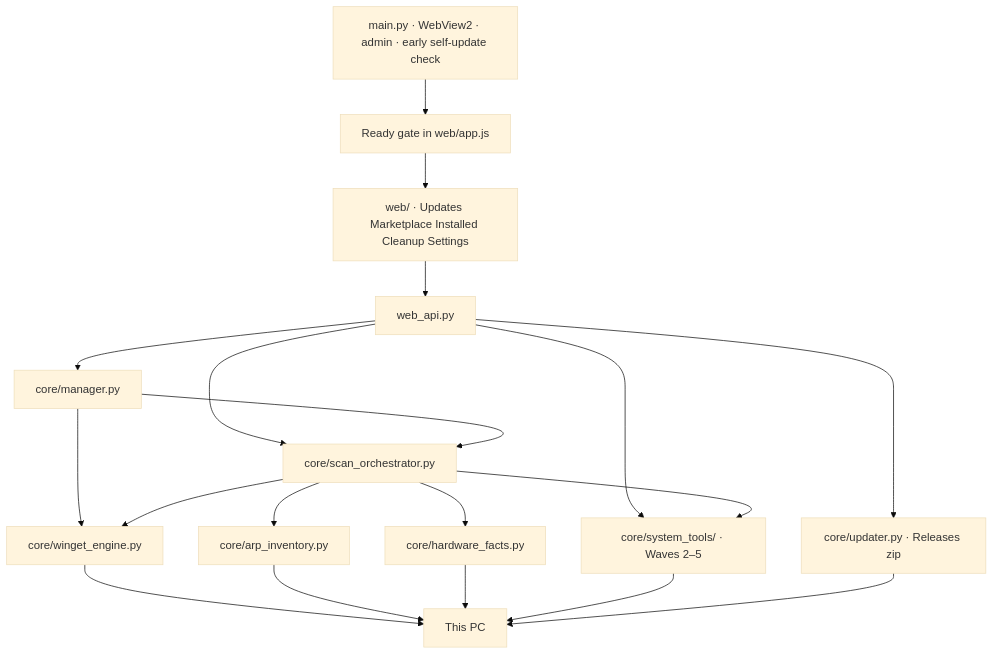
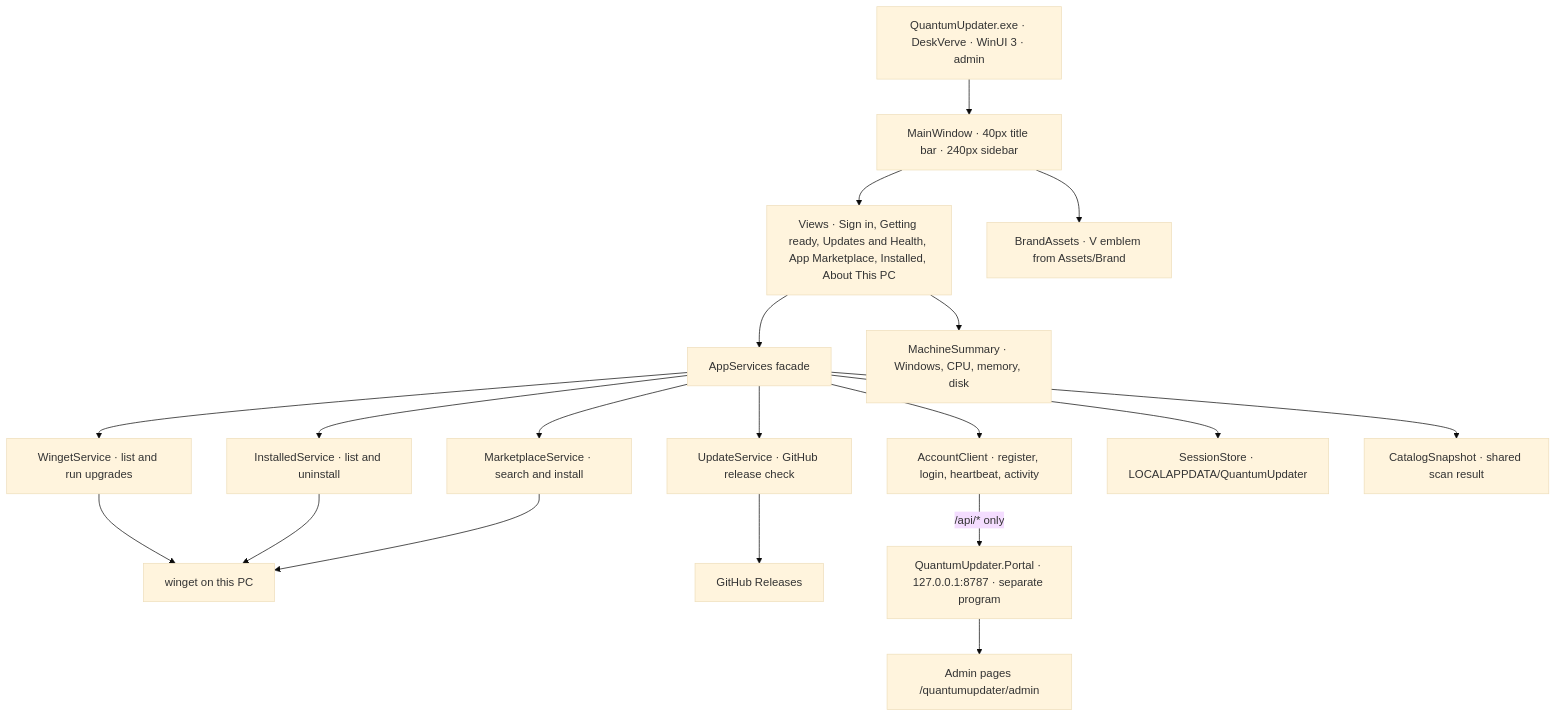
The first of 5 diagrams in docs/ARCHITECTURE.md (merchanthasan2/AudoChocolatey), drawn with Mermaid (base theme) before and after one commit. The commit also changed other lines of this file and 259 other files, not shown here.

First line of the commit message:
backup: DeskVerve WinUI app, launch fix, .NET 10, Phase 46 plan

````diff
--- a/docs/ARCHITECTURE.md
+++ b/docs/ARCHITECTURE.md
@@ -31,34 +57,39 @@
 ```mermaid
 flowchart TD
-  host["main.py · WebView2 · admin · early self-update check"]
-  gate["Ready gate in web/app.js"]
-  screen["web/ · Updates Marketplace Installed Cleanup Settings"]
-  bridge["web_api.py"]
-  mgr["core/manager.py"]
-  scans["core/scan_orchestrator.py"]
-  catalog["core/winget_engine.py"]
-  arp["core/arp_inventory.py"]
-  facts["core/hardware_facts.py"]
-  tools["core/system_tools/ · Waves 2–5"]
-  upd["core/updater.py · Releases zip"]
-  win["This PC"]
+  exe["QuantumUpdater.exe · DeskVerve · WinUI 3 · admin"]
+  shell["MainWindow · 40px title bar · 240px sidebar"]
+  views["Views · Sign in, Getting ready, Updates and Health, App Marketplace, Installed, About This PC"]
+  brand["BrandAssets · V emblem from Assets/Brand"]
+  facade["AppServices facade"]
+  winget["WingetService · list and run upgrades"]
+  installed["InstalledService · list and uninstall"]
+  market["MarketplaceService · search and install"]
+  upd["UpdateService · GitHub release check"]
+  acct["AccountClient · register, login, heartbeat, activity"]
+  session["SessionStore · LOCALAPPDATA/QuantumUpdater"]
+  snap["CatalogSnapshot · shared scan result"]
+  machine["MachineSummary · Windows, CPU, memory, disk"]
+  pc["winget on this PC"]
+  gh["GitHub Releases"]
+  portal["QuantumUpdater.Portal · 127.0.0.1:8787 · separate program"]
+  admin["Admin pages /quantumupdater/admin"]
 
-  host --> gate
-  gate --> screen
-  screen --> bridge
-  bridge --> mgr
-  bridge --> scans
-  bridge --> tools
-  bridge --> upd
-  mgr --> scans
-  mgr --> catalog
-  scans --> catalog
-  scans --> arp
-  scans --> facts
-  scans --> tools
-  catalog --> win
-  arp --> win
-  facts --> win
-  tools --> win
-  upd --> win
+  exe --> shell
+  shell --> brand
+  shell --> views
+  views --> facade
+  views --> machine
+  facade --> winget
+  facade --> installed
+  facade --> market
+  facade --> upd
+  facade --> acct
+  facade --> session
+  facade --> snap
+  winget --> pc
+  installed --> pc
+  market --> pc
+  upd --> gh
+  acct -->|"/api/* only"| portal
+  portal --> admin
 ```
````
